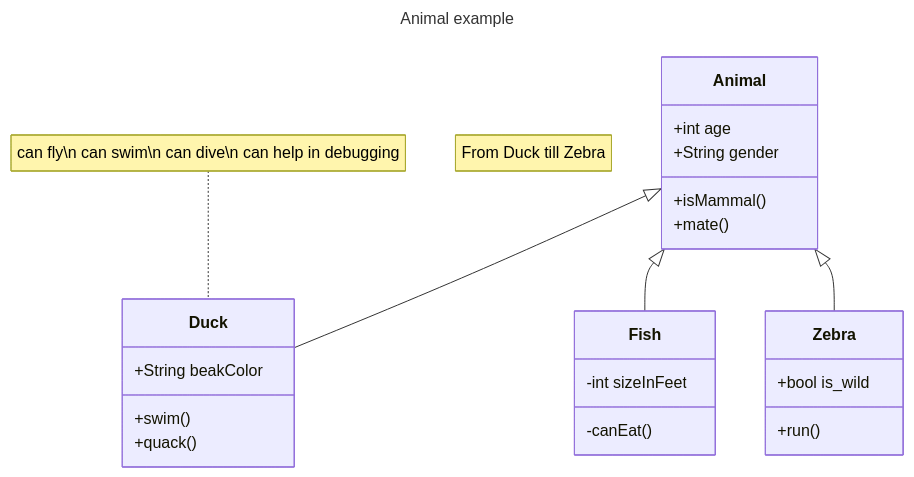
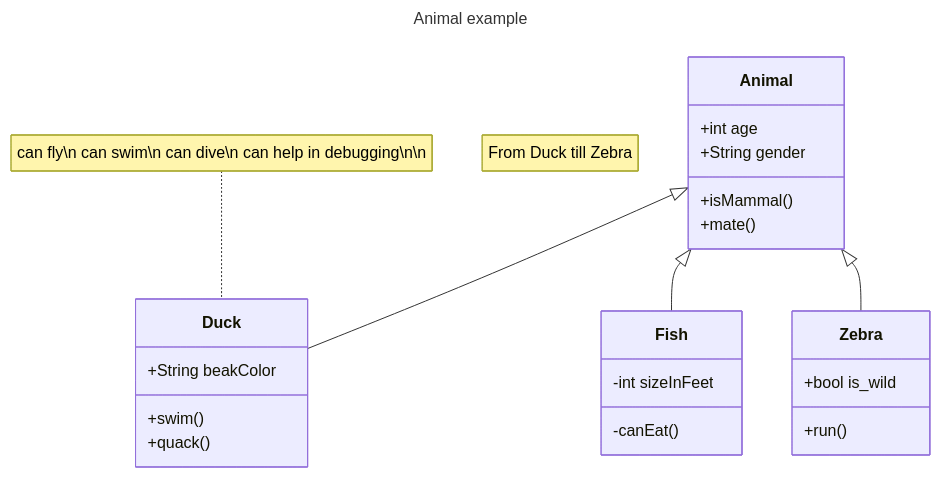
Before and after one commit to nvkhuy/nvkhuy.github.io: the third of 3 diagrams in src/content/blog/2024-01-08-jekyll-with-mermaidjs.md, drawn with Mermaid. The commit also changed 31 other files, not shown here.

````diff
--- a/src/content/blog/2024-01-08-jekyll-with-mermaidjs.md
+++ b/src/content/blog/2024-01-08-jekyll-with-mermaidjs.md
@@ -92,28 +92,28 @@
 ```mermaid
 ---
 title: Animal example
 ---
 classDiagram
     note "From Duck till Zebra"
     Animal <|-- Duck
-    note for Duck "can fly\n can swim\n can dive\n can help in debugging"
+    note for Duck "can fly\n can swim\n can dive\n can help in debugging\n\n"
     Animal <|-- Fish
     Animal <|-- Zebra
     Animal : +int age
     Animal : +String gender
     Animal: +isMammal()
     Animal: +mate()
     class Duck{
         +String beakColor
         +swim()
         +quack()
     }
     class Fish{
         -int sizeInFeet
         -canEat()
     }
     class Zebra{
         +bool is_wild
         +run()
     }
 ```
````
